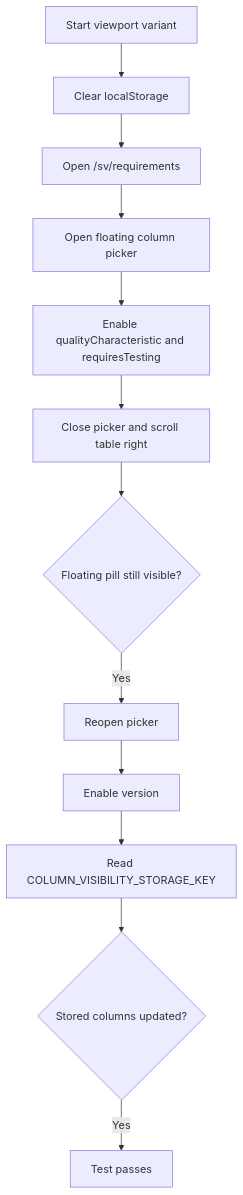
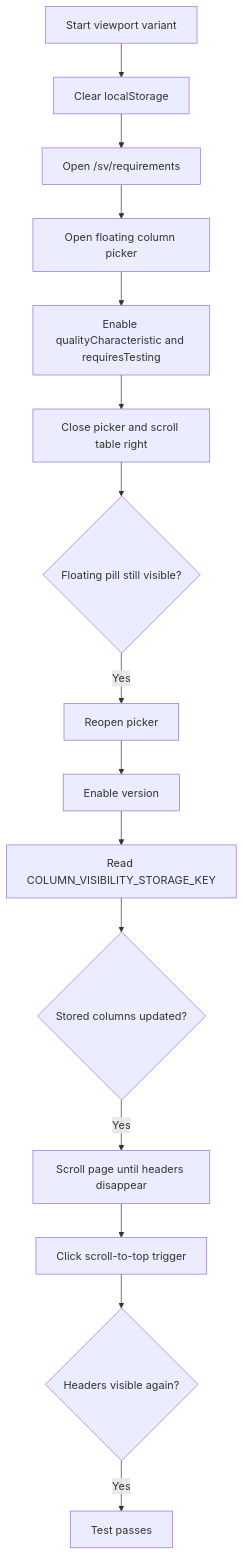
One commit to viscalyx/Kravhantering changed the first of 4 diagrams in tests/integration/requirements-table-column-picker.md. Above: the diagram before and after it, drawn with Mermaid. The commit also changed other lines of this file and 25 other files, not shown here.

````diff
--- a/tests/integration/requirements-table-column-picker.md
+++ b/tests/integration/requirements-table-column-picker.md
@@ -36,14 +38,17 @@
 ```mermaid
 flowchart TD
     A[Start viewport variant] --> B[Clear localStorage]
     B --> C[Open /sv/requirements]
     C --> D[Open floating column picker]
     D --> E[Enable qualityCharacteristic and requiresTesting]
     E --> F[Close picker and scroll table right]
     F --> G{Floating pill still visible?}
     G -- Yes --> H[Reopen picker]
     H --> I[Enable version]
     I --> J[Read COLUMN_VISIBILITY_STORAGE_KEY]
     J --> K{Stored columns updated?}
-    K -- Yes --> L[Test passes]
+    K -- Yes --> L[Scroll page until headers disappear]
+    L --> M[Click scroll-to-top trigger]
+    M --> N{Headers visible again?}
+    N -- Yes --> O[Test passes]
 ```
````
